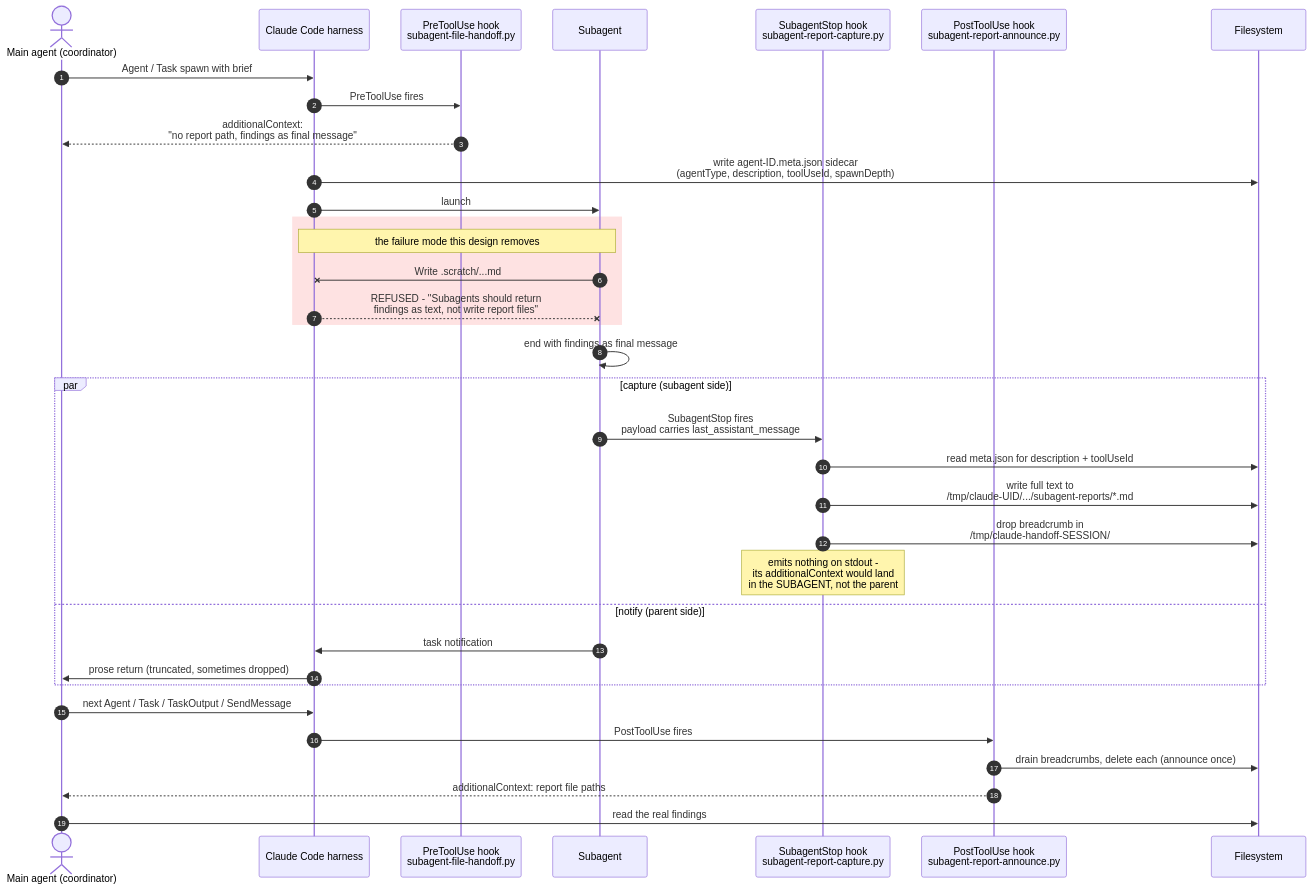
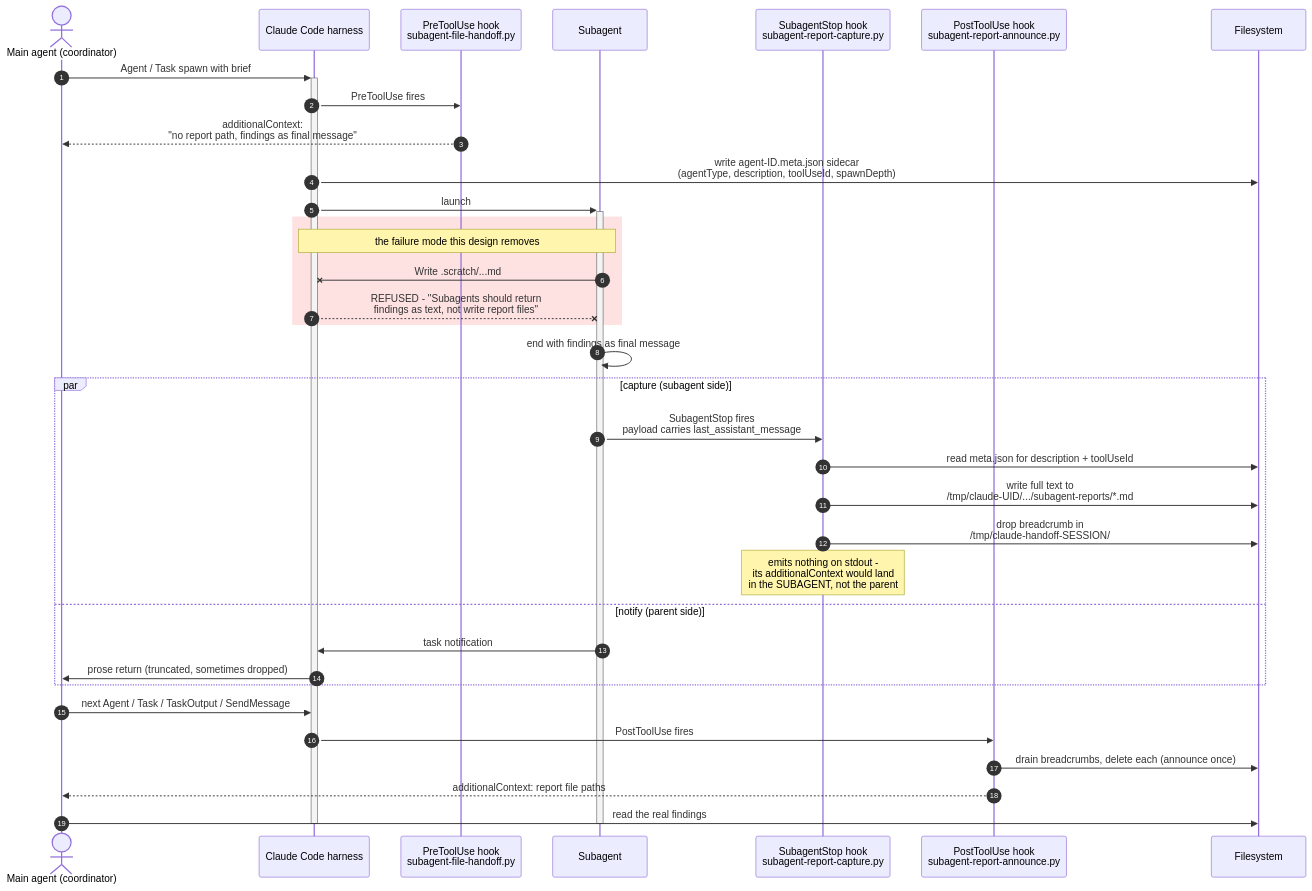
Before and after one commit to tmck-code/dot-agents: the diagram in home/general/.claude/skills/excalidraw-diagram/example-sequence.mmd, drawn with Mermaid. The commit also changed 28 other files, not shown here.

First line of the commit message:
excalidraw-diagram: offset shadows, restyled pie, ER groups and min format

```diff
--- a/home/general/.claude/skills/excalidraw-diagram/example-sequence.mmd
+++ b/home/general/.claude/skills/excalidraw-diagram/example-sequence.mmd
@@ -1,40 +1,42 @@
 sequenceDiagram
     autonumber
     actor C as Main agent (coordinator)
     participant H as Claude Code harness
     participant PRE as PreToolUse hook<br/>subagent-file-handoff.py
     participant S as Subagent
     participant STOP as SubagentStop hook<br/>subagent-report-capture.py
     participant POST as PostToolUse hook<br/>subagent-report-announce.py
     participant F as Filesystem
 
-    C->>H: Agent / Task spawn with brief
+    C->>+H: Agent / Task spawn with brief
     H->>PRE: PreToolUse fires
     PRE-->>C: additionalContext:<br/>"no report path, findings as final message"
     H->>F: write agent-ID.meta.json sidecar<br/>(agentType, description, toolUseId, spawnDepth)
-    H->>S: launch
+    H->>+S: launch
 
     rect rgb(254, 226, 226)
         note over S,H: the failure mode this design removes
         S-xH: Write .scratch/...md
         H--xS: REFUSED - "Subagents should return<br/>findings as text, not write report files"
     end
 
     S->>S: end with findings as final message
 
     par capture (subagent side)
         S->>STOP: SubagentStop fires<br/>payload carries last_assistant_message
         STOP->>F: read meta.json for description + toolUseId
         STOP->>F: write full text to<br/>/tmp/claude-UID/.../subagent-reports/*.md
         STOP->>F: drop breadcrumb in<br/>/tmp/claude-handoff-SESSION/
         note over STOP: emits nothing on stdout -<br/>its additionalContext would land<br/>in the SUBAGENT, not the parent
     and notify (parent side)
         S->>H: task notification
         H->>C: prose return (truncated, sometimes dropped)
     end
 
     C->>H: next Agent / Task / TaskOutput / SendMessage
     H->>POST: PostToolUse fires
     POST->>F: drain breadcrumbs, delete each (announce once)
     POST-->>C: additionalContext: report file paths
     C->>F: read the real findings
+    deactivate S
+    deactivate H
```
